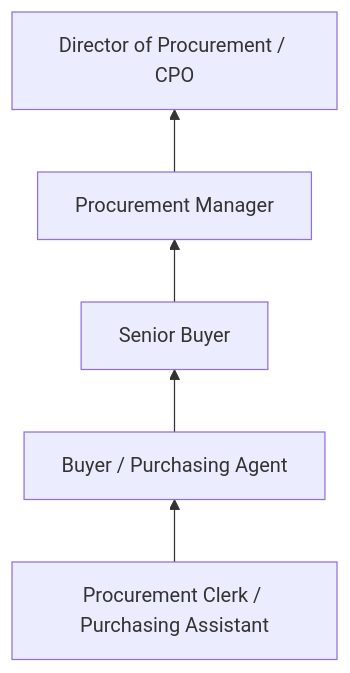
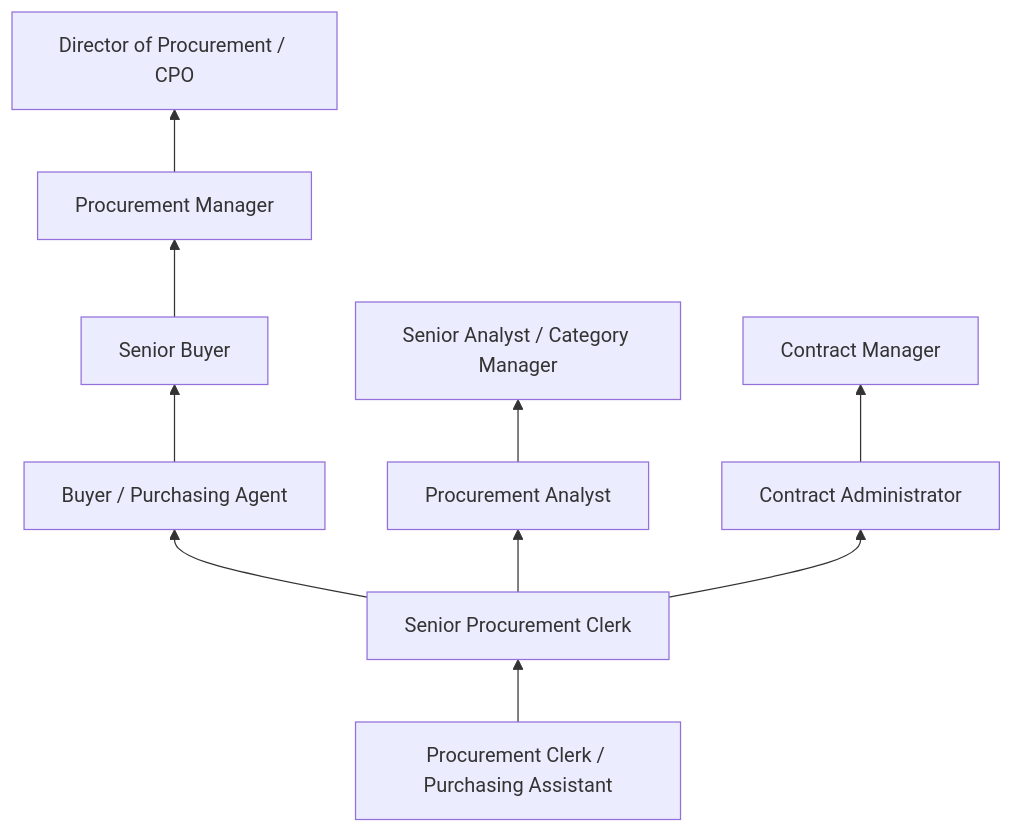
One commit to kziemski/business.org.ai changed the third of 4 diagrams in occupations/Administrative/ProcurementClerks.mdx. Above: the diagram before and after it, drawn with Mermaid. The commit also changed other lines of this file and 19 other files, not shown here.

````diff
--- a/occupations/Administrative/ProcurementClerks.mdx
+++ b/occupations/Administrative/ProcurementClerks.mdx
@@ -74,7 +191,14 @@
 ```mermaid
 graph BT
-    Entry["Procurement Clerk / Purchasing Assistant"] --> Mid["Buyer / Purchasing Agent"]
-    Mid --> Senior["Senior Buyer"]
-    Senior --> Manager["Procurement Manager"]
+    Entry["Procurement Clerk / Purchasing Assistant"] --> Mid["Senior Procurement Clerk"]
+    Mid --> Buyer["Buyer / Purchasing Agent"]
+    Buyer --> SrBuyer["Senior Buyer"]
+    SrBuyer --> Manager["Procurement Manager"]
     Manager --> Director["Director of Procurement / CPO"]
+
+    Mid --> Analyst["Procurement Analyst"]
+    Analyst --> SrAnalyst["Senior Analyst / Category Manager"]
+
+    Mid --> Contract["Contract Administrator"]
+    Contract --> ContractMgr["Contract Manager"]
 ```
````
